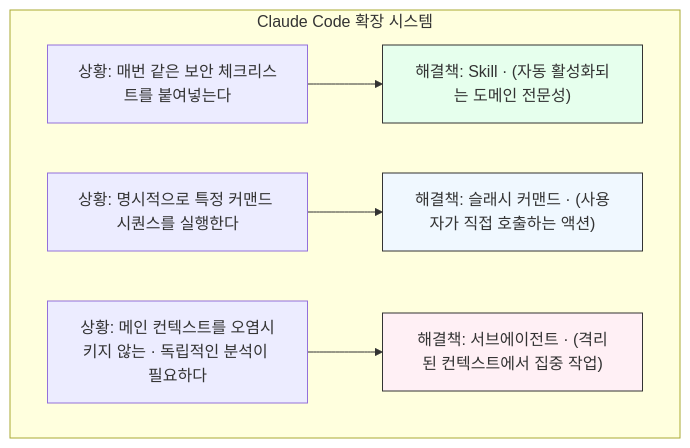
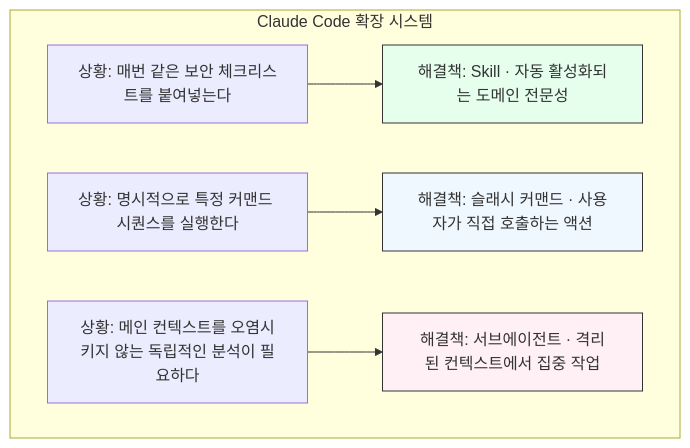
One commit to Mino777/ai-study changed the diagram in content/agents/ai-agent-custom-skill-building.mdx. Above: the diagram before and after it, drawn with Mermaid. The commit also changed other lines of this file and 58 other files, not shown here.

````diff
--- a/content/agents/ai-agent-custom-skill-building.mdx
+++ b/content/agents/ai-agent-custom-skill-building.mdx
@@ -52,12 +52,12 @@
 ```mermaid
 graph TD
     subgraph "Claude Code 확장 시스템"
-        A[""상황: 매번 같은 보안 체크리스트를 붙여넣는다""] --> B["해결책: Skill · (자동 활성화되는 도메인 전문성)"];
-        C[""상황: 명시적으로 특정 커맨드 시퀀스를 실행한다""] --> D["해결책: 슬래시 커맨드 · (사용자가 직접 호출하는 액션)"];
-        E[""상황: 메인 컨텍스트를 오염시키지 않는 · 독립적인 분석이 필요하다""] --> F["해결책: 서브에이전트 · (격리된 컨텍스트에서 집중 작업)"];
+        A["상황: 매번 같은 보안 체크리스트를 붙여넣는다"] --> B["해결책: Skill · 자동 활성화되는 도메인 전문성"];
+        C["상황: 명시적으로 특정 커맨드 시퀀스를 실행한다"] --> D["해결책: 슬래시 커맨드 · 사용자가 직접 호출하는 액션"];
+        E["상황: 메인 컨텍스트를 오염시키지 않는 독립적인 분석이 필요하다"] --> F["해결책: 서브에이전트 · 격리된 컨텍스트에서 집중 작업"];
     end
 
     style B fill:#e6ffed,stroke:#333
     style D fill:#f0f8ff,stroke:#333
     style F fill:#fff0f5,stroke:#333
 ```
````
